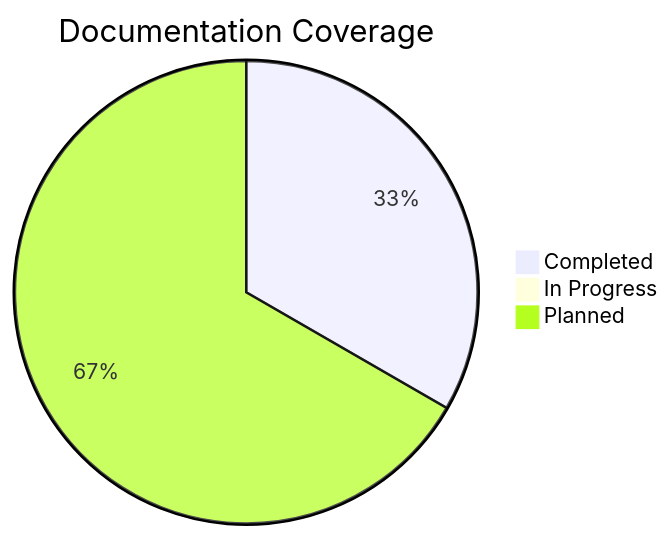
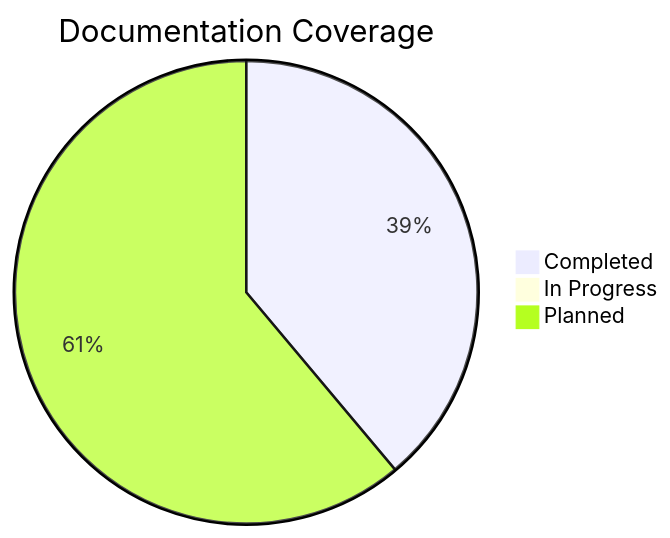
The second of 2 diagrams in docs/index.md (abhayraj-ops/Cake-Learn), drawn with Mermaid before and after one commit. The commit also changed other lines of this file and 7 other files, not shown here.

````diff
--- a/docs/index.md
+++ b/docs/index.md
@@ -189,6 +194,6 @@
 ```mermaid
 pie title Documentation Coverage
-    "Completed" : 6
+    "Completed" : 7
     "In Progress" : 0
-    "Planned" : 12
+    "Planned" : 11
 ```
````
